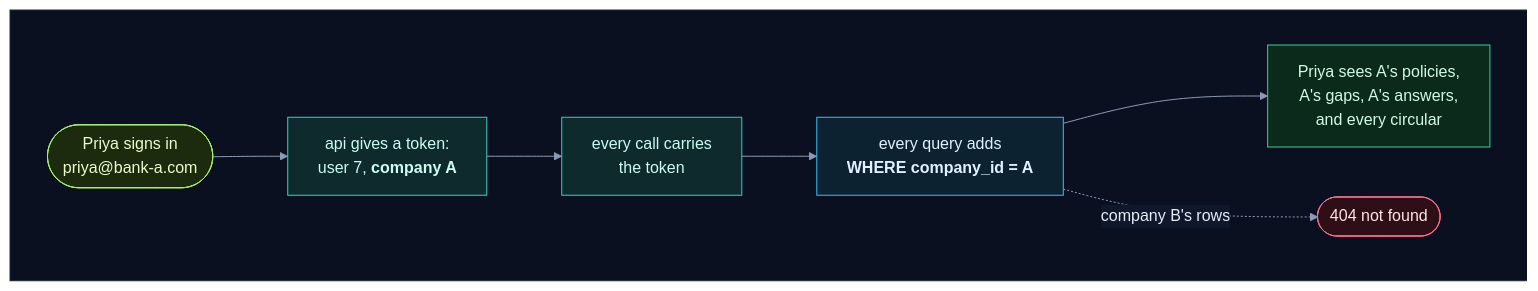
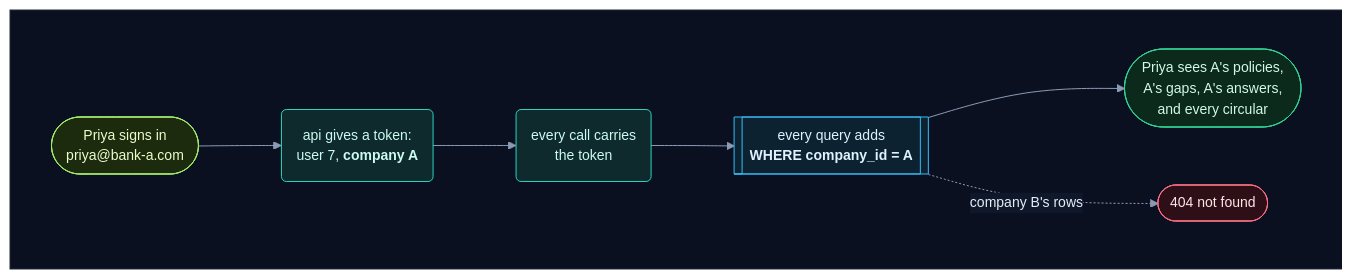
Before and after one commit to selvakumarperumal/Regulatory_Circular_Impact_Agent: diagram 21 of 21 in how_the_worker_works.md, drawn with Mermaid. The commit also changed other lines of this file and 5 other files, not shown here.

Commit message:
Give the docs' flowcharts a shape per kind of part, more room and slightly smaller text

````diff
--- a/how_the_worker_works.md
+++ b/how_the_worker_works.md
@@ -1246,28 +1246,28 @@
 ```mermaid
-%%{init: {"theme": "base", "flowchart": {"diagramPadding": 0}, "themeVariables": {"darkMode": true, "primaryColor": "#16213a", "primaryTextColor": "#e6edf7", "primaryBorderColor": "#475a7a", "lineColor": "#8b9bb4", "secondaryColor": "#1b2436", "tertiaryColor": "#101a2e", "edgeLabelBackground": "#0f172a", "textColor": "#e2e8f0", "clusterBkg": "#0f1728", "clusterBorder": "#2b3a55", "titleColor": "#c4b5fd", "nodeTextColor": "#e6edf7"}}}%%
+%%{init: {"theme": "base", "flowchart": {"diagramPadding": 0, "nodeSpacing": 58, "rankSpacing": 58, "curve": "basis"}, "themeVariables": {"fontSize": "14px", "darkMode": true, "primaryColor": "#16213a", "primaryTextColor": "#e6edf7", "primaryBorderColor": "#475a7a", "lineColor": "#8b9bb4", "secondaryColor": "#1b2436", "tertiaryColor": "#101a2e", "edgeLabelBackground": "#0f172a", "textColor": "#e2e8f0", "clusterBkg": "#0f1728", "clusterBorder": "#2b3a55", "titleColor": "#c4b5fd", "nodeTextColor": "#e6edf7"}}}%%
 flowchart LR
     subgraph canvas[" "]
         direction LR
-        login(["Priya signs in<br/>priya@bank-a.com"]) --> tok["api gives a token:<br/>user 7, <b>company A</b>"]
-        tok --> carry["every call carries<br/>the token"]
-        carry --> where["every query adds<br/><b>WHERE company_id = A</b>"]
-        where --> sees["Priya sees A's policies,<br/>A's gaps, A's answers,<br/>and every circular"]
+        login(["Priya signs in<br/>priya@bank-a.com"]) --> tok("api gives a token:<br/>user 7, <b>company A</b>")
+        tok --> carry("every call carries<br/>the token")
+        carry --> where[["every query adds<br/><b>WHERE company_id = A</b>"]]
+        where --> sees(["Priya sees A's policies,<br/>A's gaps, A's answers,<br/>and every circular"])
         where -.->|"company B's rows"| no(["404 not found"])
     end
     classDef svc fill:#0e2a2c,stroke:#2dd4bf,color:#ccfbf1
     classDef data fill:#1c1a47,stroke:#818cf8,color:#e0e7ff
     classDef ext fill:#2a1640,stroke:#c084fc,color:#f3e8ff
     classDef gpu fill:#2d1b0c,stroke:#fb923c,color:#ffedd5
     classDef ask fill:#2a2410,stroke:#fbbf24,color:#fef3c7
     classDef ok fill:#0b2a1c,stroke:#34d399,color:#d1fae5
     classDef bad fill:#2e0f17,stroke:#fb7185,color:#ffe4e6
     classDef start fill:#1c2a0e,stroke:#a7ef6f,color:#ecfccb
     classDef muted fill:#1a2130,stroke:#64748b,color:#cbd5e1
     classDef queue fill:#0c2231,stroke:#38bdf8,color:#e0f2fe
     class login start
     class tok,carry svc
     class where queue
     class sees ok
     class no bad
     style canvas fill:#0b1020,stroke:#1e293b,color:#0b1020
 ```
````
